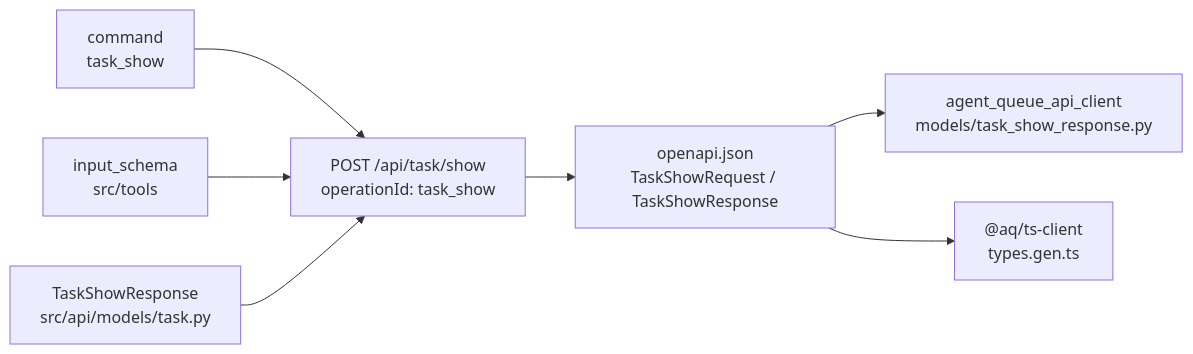
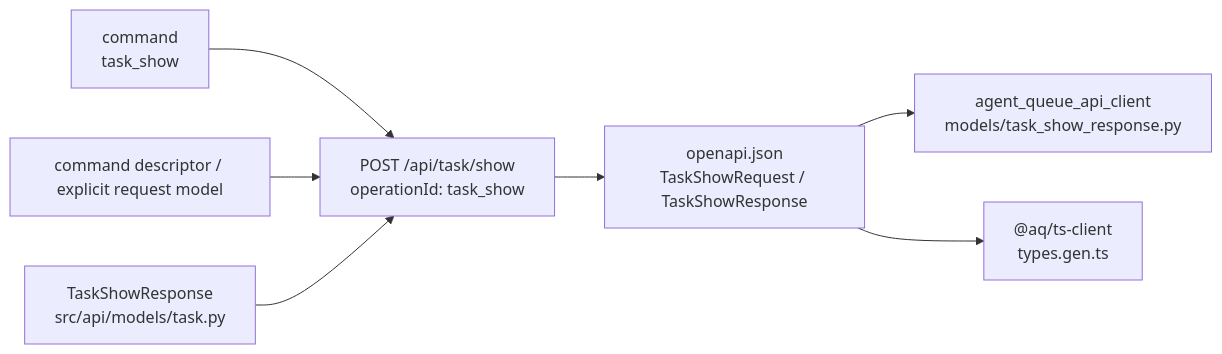
One commit to ElectricJack/agent-queue changed the diagram in docs/reference/api/models.md. Above: the diagram before and after it, drawn with Mermaid. The commit also changed other lines of this file and 8 other files, not shown here.

````diff
--- a/docs/reference/api/models.md
+++ b/docs/reference/api/models.md
@@ -12,9 +12,9 @@
 ```mermaid
 flowchart LR
   CMD["command<br/>task_show"] --> ROUTE["POST /api/task/show<br/>operationId: task_show"]
-  REQ["input_schema<br/>src/tools"] --> ROUTE
+  REQ["command descriptor / explicit request model"] --> ROUTE
   RESP["TaskShowResponse<br/>src/api/models/task.py"] --> ROUTE
   ROUTE --> SPEC["openapi.json<br/>TaskShowRequest / TaskShowResponse"]
   SPEC --> PY["agent_queue_api_client<br/>models/task_show_response.py"]
   SPEC --> TS["@aq/ts-client<br/>types.gen.ts"]
 ```
````
